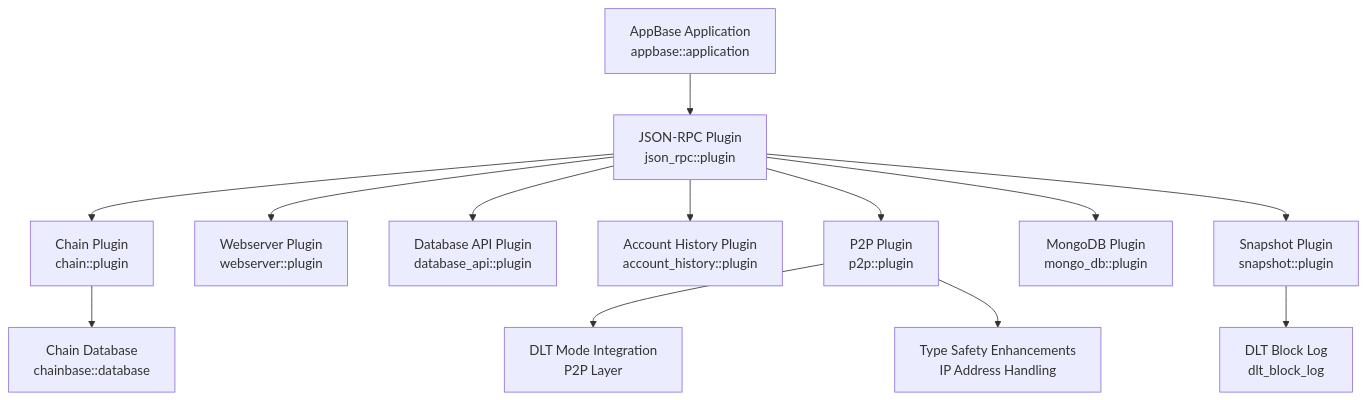
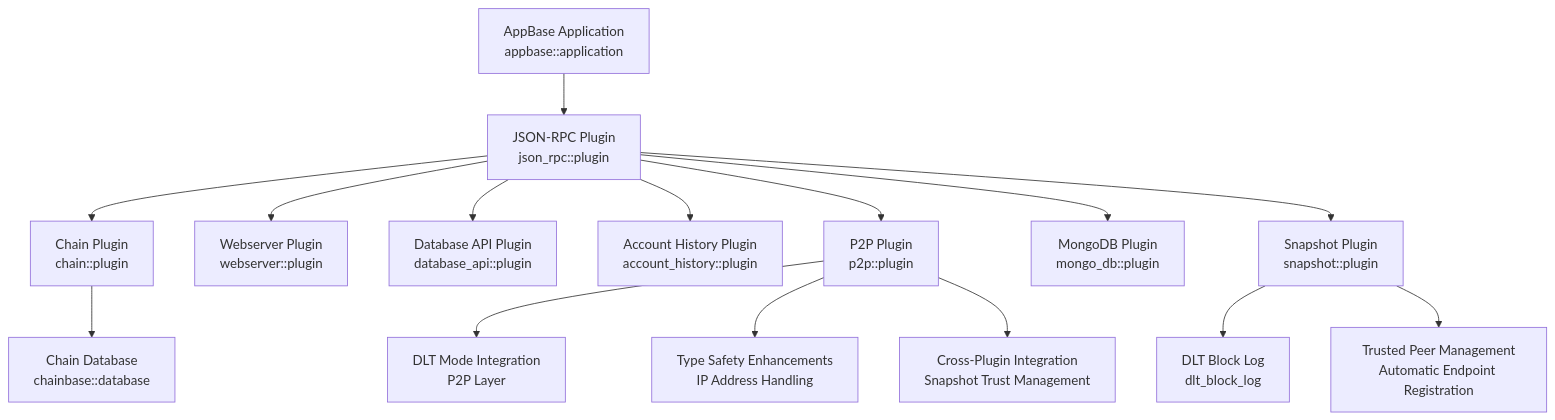
One commit to VIZ-Blockchain/viz-cpp-node changed the first of 20 diagrams in .qoder/repowiki/en/content/Plugin System/Plugin System.md. Above: the diagram before and after it, drawn with Mermaid. The commit also changed other lines of this file and 5 other files, not shown here.

````diff
--- a/.qoder/repowiki/en/content/Plugin System/Plugin System.md
+++ b/.qoder/repowiki/en/content/Plugin System/Plugin System.md
@@ -64,15 +68,17 @@
 ```mermaid
 graph TB
 A["AppBase Application<br/>appbase::application"] --> B["JSON-RPC Plugin<br/>json_rpc::plugin"]
 B --> C["Chain Plugin<br/>chain::plugin"]
 B --> D["Webserver Plugin<br/>webserver::plugin"]
 B --> E["Database API Plugin<br/>database_api::plugin"]
 B --> F["Account History Plugin<br/>account_history::plugin"]
 B --> G["P2P Plugin<br/>p2p::plugin"]
 B --> H["MongoDB Plugin<br/>mongo_db::plugin"]
 B --> I["Snapshot Plugin<br/>snapshot::plugin"]
 C --> J["Chain Database<br/>chainbase::database"]
 I --> K["DLT Block Log<br/>dlt_block_log"]
 G --> L["DLT Mode Integration<br/>P2P Layer"]
 G --> M["Type Safety Enhancements<br/>IP Address Handling"]
+G --> N["Cross-Plugin Integration<br/>Snapshot Trust Management"]
+I --> O["Trusted Peer Management<br/>Automatic Endpoint Registration"]
 ```
````
